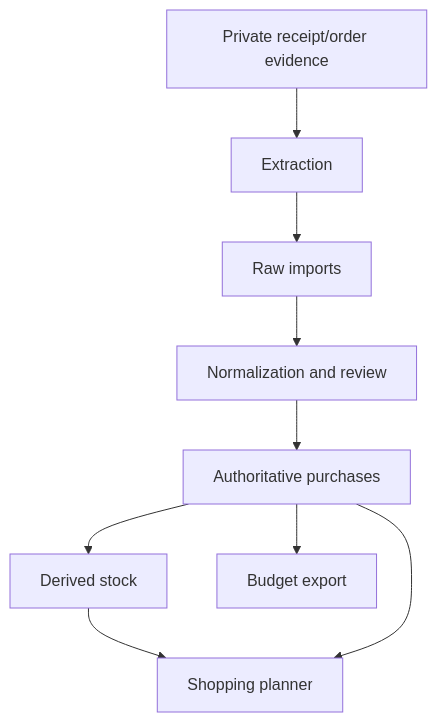
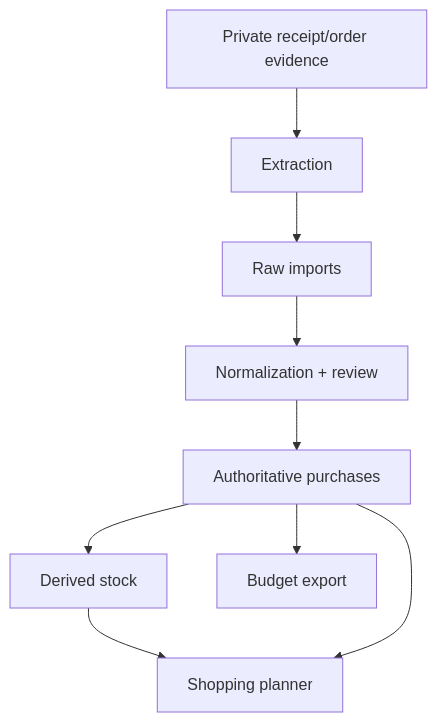
The second of 2 diagrams in README.md (ryjen/shopping-inventory), drawn with Mermaid before and after one commit. The commit also changed other lines of this file and 5 other files, not shown here.

First line of the commit message:
Reconcile architecture and roadmap with implemented substrate (#32)

````diff
--- a/README.md
+++ b/README.md
@@ -49,11 +49,11 @@
 ```mermaid
 flowchart TD
   Evidence[Private receipt/order evidence] --> Extract[Extraction]
   Extract --> Raw[Raw imports]
-  Raw --> Normalize[Normalization and review]
+  Raw --> Normalize[Normalization + review]
   Normalize --> Purchases[Authoritative purchases]
   Purchases --> Stock[Derived stock]
   Purchases --> Budget[Budget export]
   Stock --> Planner[Shopping planner]
   Purchases --> Planner
 ```
````
